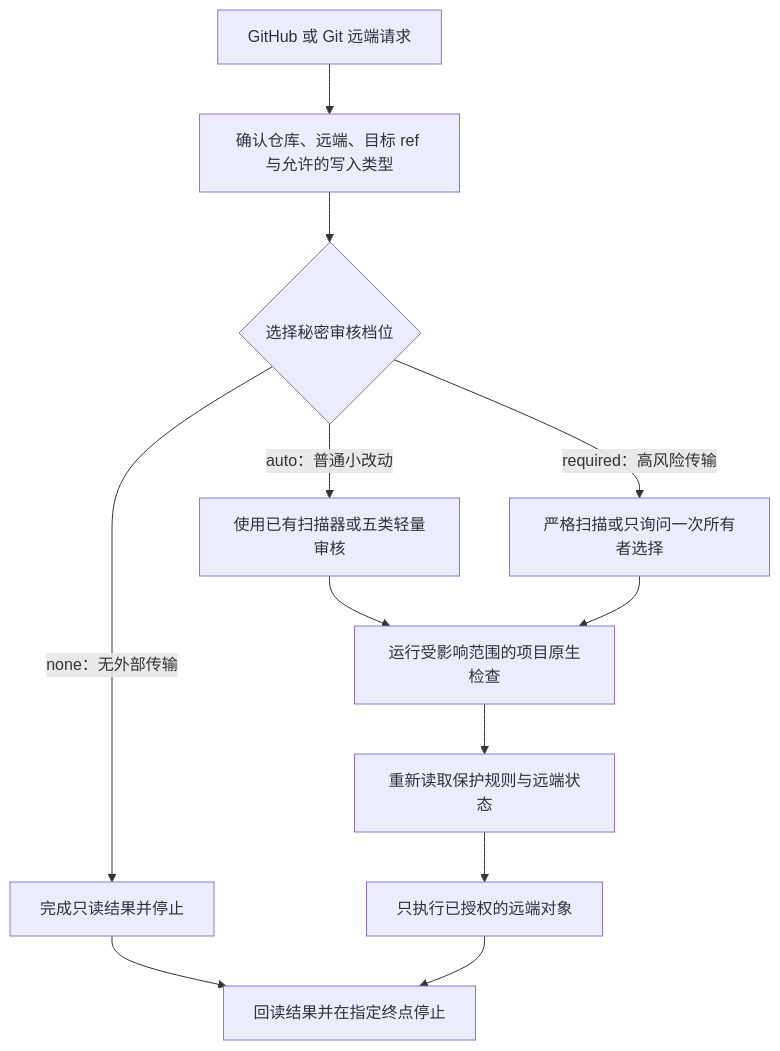
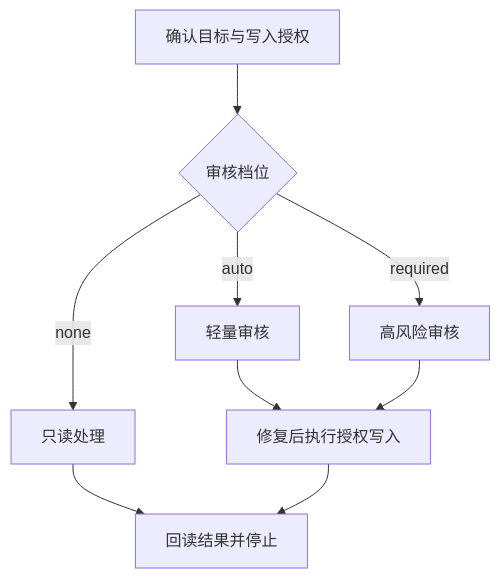
One commit to AIALRA-0/agent-github-safe-publish changed the diagram in README.md. Above: the diagram before and after it, drawn with Mermaid. The commit also changed other lines of this file and 42 other files, not shown here.

````diff
--- a/README.md
+++ b/README.md
@@ -24,14 +24,11 @@
 ```mermaid
 flowchart TD
-    A[GitHub 或 Git 远端请求] --> B[确认仓库、远端、目标 ref 与允许的写入类型]
-    B --> C{选择秘密审核档位}
-    C -->|none：无外部传输| D[完成只读结果并停止]
-    C -->|auto：普通小改动| E[使用已有扫描器或五类轻量审核]
-    C -->|required：高风险传输| F[严格扫描或只询问一次所有者选择]
-    D --> J[回读结果并在指定终点停止]
-    E --> G[运行受影响范围的项目原生检查]
+    A[确认目标与写入授权] --> B{审核档位}
+    B -->|none| C[只读处理]
+    B -->|auto| D[轻量审核]
+    B -->|required| E[高风险审核]
+    D --> F[修复后执行授权写入]
+    E --> F
+    C --> G[回读结果并停止]
     F --> G
-    G --> H[重新读取保护规则与远端状态]
-    H --> I[只执行已授权的远端对象]
-    I --> J
 ```
````
